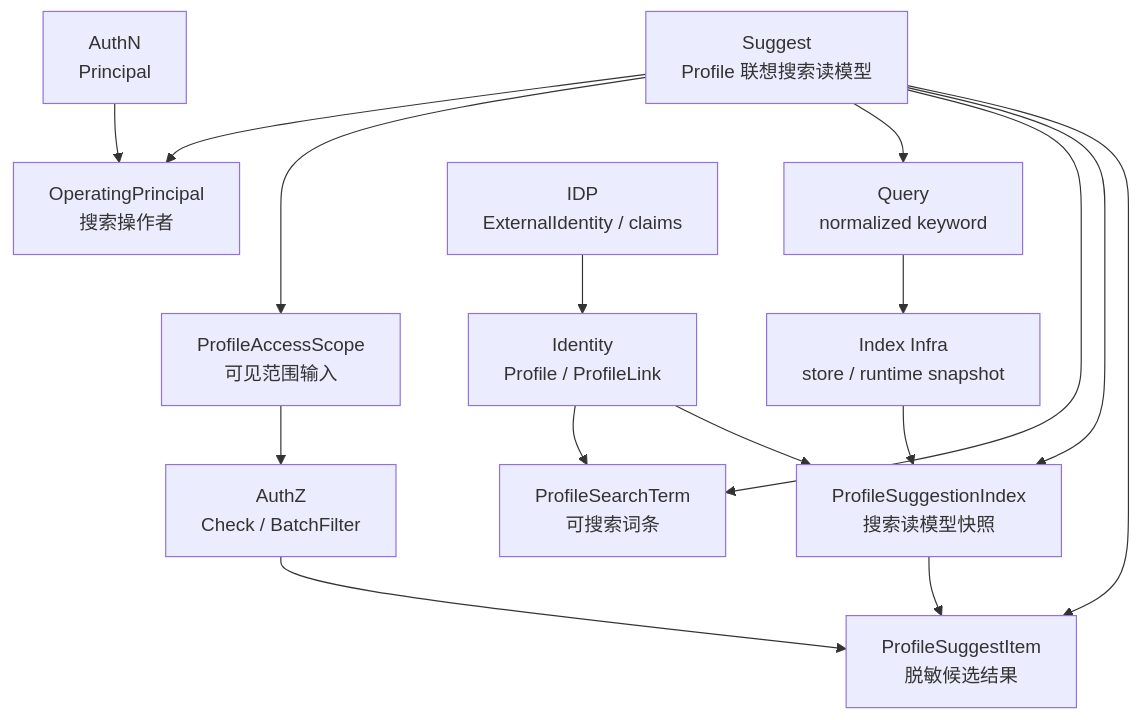
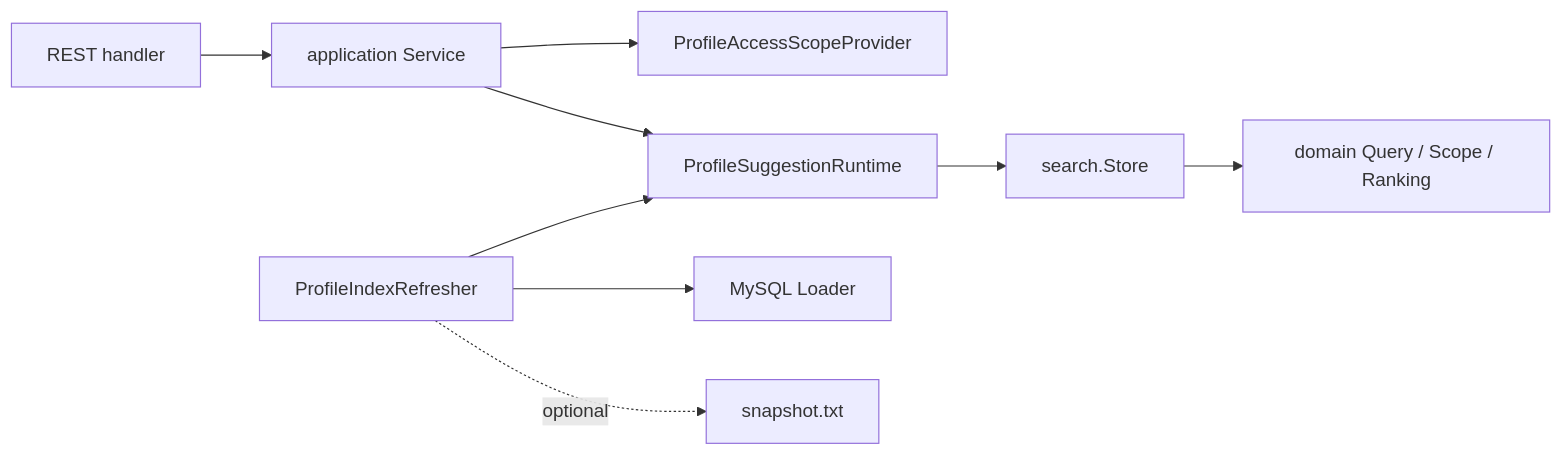
One commit to FangcunMount/iam changed the diagram in docs/02-业务模块/05-Suggest/README.md. Above: the diagram before and after it, drawn with Mermaid. The commit also changed other lines of this file and 15 other files, not shown here.

````diff
--- a/docs/02-业务模块/05-Suggest/README.md
+++ b/docs/02-业务模块/05-Suggest/README.md
@@ -119,34 +63,11 @@
 ```mermaid
-flowchart TD
-    Suggest["Suggest\nProfile 联想搜索读模型"]
-
-    Principal["OperatingPrincipal\n搜索操作者"]
-    Scope["ProfileAccessScope\n可见范围输入"]
-    Query["Query\nnormalized keyword"]
-    Term["ProfileSearchTerm\n可搜索词条"]
-    Snapshot["ProfileSuggestionIndex\n搜索读模型快照"]
-    Result["ProfileSuggestItem\n脱敏候选结果"]
-
-    Identity["Identity\nProfile / ProfileLink"]
-    AuthZ["AuthZ\nCheck / BatchFilter"]
-    AuthN["AuthN\nPrincipal"]
-    IDP["IDP\nExternalIdentity / claims"]
-    Index["Index Infra\nstore / runtime snapshot"]
-
-    Suggest --> Principal
-    Suggest --> Scope
-    Suggest --> Query
-    Suggest --> Term
-    Suggest --> Snapshot
-    Suggest --> Result
-
-    AuthN --> Principal
-    Identity --> Term
-    Identity --> Snapshot
-    Query --> Index
-    Index --> Snapshot
-    Snapshot --> Result
-    Scope --> AuthZ
-    AuthZ --> Result
-    IDP --> Identity
+flowchart LR
+    REST["REST handler"] --> App["application Service"]
+    App --> Scope["ProfileAccessScopeProvider"]
+    App --> Runtime["ProfileSuggestionRuntime"]
+    Runtime --> Store["search.Store"]
+    Store --> Domain["domain Query / Scope / Ranking"]
+    Refresher["ProfileIndexRefresher"] --> Loader["MySQL Loader"]
+    Refresher --> Runtime
+    Refresher -. optional .-> File["snapshot.txt"]
 ```
````
